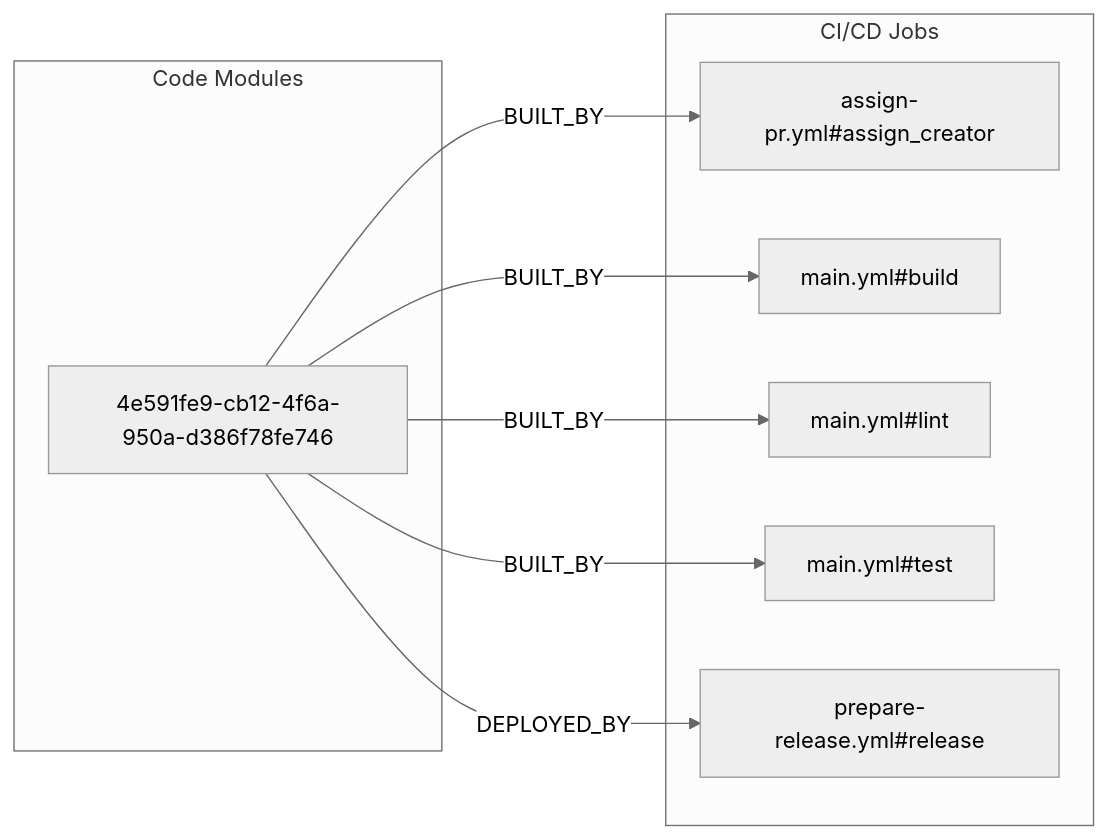
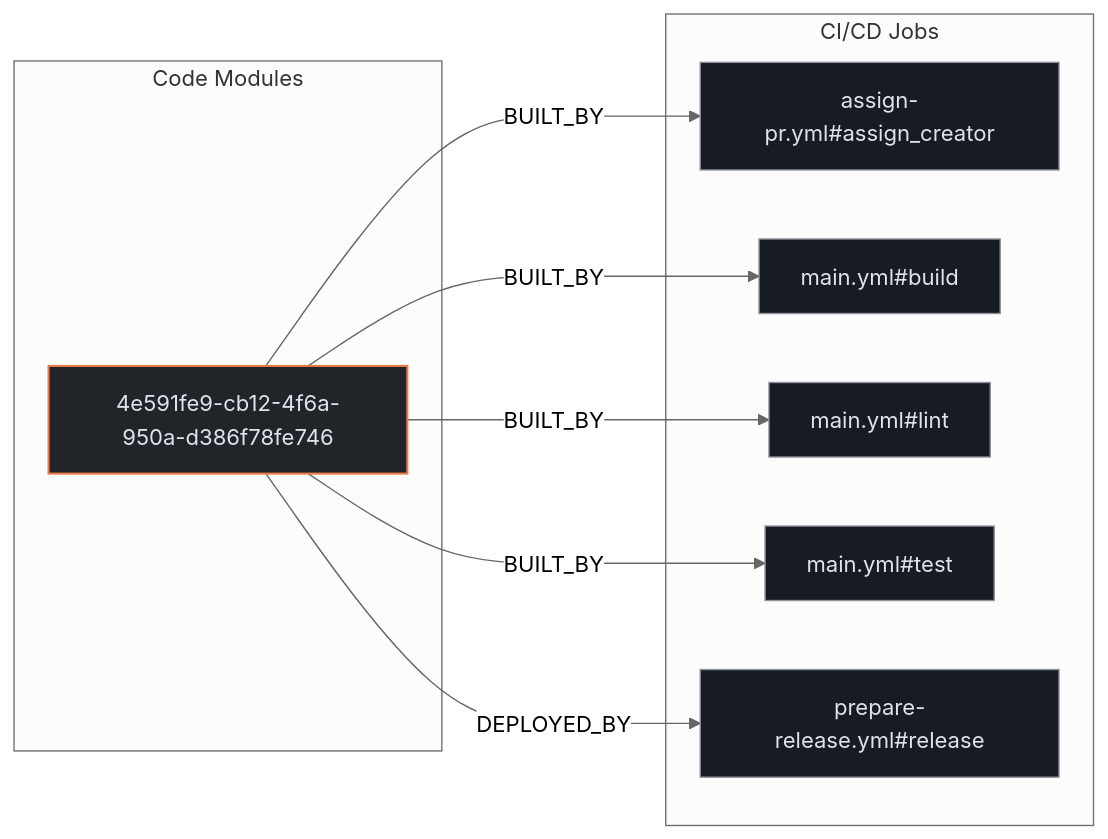
One commit to kumarshaz/atruss-code-atlas changed the second of 3 diagrams in exports/latest/reports/saleor-app-sdk-report.md. Above: the diagram before and after it, drawn with Mermaid (neutral theme). The commit also changed other lines of this file and 331 other files, not shown here.

Commit message:
docs,ui,fix: update SDLC docs, reorder CI/CD DAG first, stylize Mermaid, and fix Arc42 pipeline topology

````diff
--- a/exports/latest/reports/saleor-app-sdk-report.md
+++ b/exports/latest/reports/saleor-app-sdk-report.md
@@ -134,18 +141,22 @@
 ```mermaid
 flowchart LR
+    classDef atlasCategory fill:#212428,stroke:#E87A48,stroke-width:1.5px,color:#dfe3eb
+    classDef atlasWorkflow fill:#1b2026,stroke:#a3c9ff,stroke-width:1.5px,color:#dfe3eb
+    classDef atlasJob fill:#171c22,stroke:#8d9199,stroke-width:1px,color:#dfe3eb
+    classDef atlasTarget fill:#005227,stroke:#8bd99b,stroke-width:1.5px,color:#a7f6b6
     subgraph code_modules["Code Modules"]
-        mod_4e591fe9_cb12_4f6a_950a_d386f78fe746["4e591fe9-cb12-4f6a-950a-d386f78fe746"]
+        mod_4e591fe9_cb12_4f6a_950a_d386f78fe746["4e591fe9-cb12-4f6a-950a-d386f78fe746"]:::atlasCategory
     end
     subgraph ci_jobs["CI/CD Jobs"]
-        job_assign_pr_yml_assign_creator["assign-pr.yml#assign_creator"]
-        job_main_yml_build["main.yml#build"]
-        job_main_yml_lint["main.yml#lint"]
-        job_main_yml_test["main.yml#test"]
-        job_prepare_release_yml_release["prepare-release.yml#release"]
+        job_assign_pr_yml_assign_creator["assign-pr.yml#assign_creator"]:::atlasJob
+        job_main_yml_build["main.yml#build"]:::atlasJob
+        job_main_yml_lint["main.yml#lint"]:::atlasJob
+        job_main_yml_test["main.yml#test"]:::atlasJob
+        job_prepare_release_yml_release["prepare-release.yml#release"]:::atlasJob
     end
     mod_4e591fe9_cb12_4f6a_950a_d386f78fe746 -->|BUILT_BY| job_assign_pr_yml_assign_creator
     mod_4e591fe9_cb12_4f6a_950a_d386f78fe746 -->|BUILT_BY| job_main_yml_build
     mod_4e591fe9_cb12_4f6a_950a_d386f78fe746 -->|BUILT_BY| job_main_yml_lint
     mod_4e591fe9_cb12_4f6a_950a_d386f78fe746 -->|BUILT_BY| job_main_yml_test
     mod_4e591fe9_cb12_4f6a_950a_d386f78fe746 -->|DEPLOYED_BY| job_prepare_release_yml_release
 ```
````
